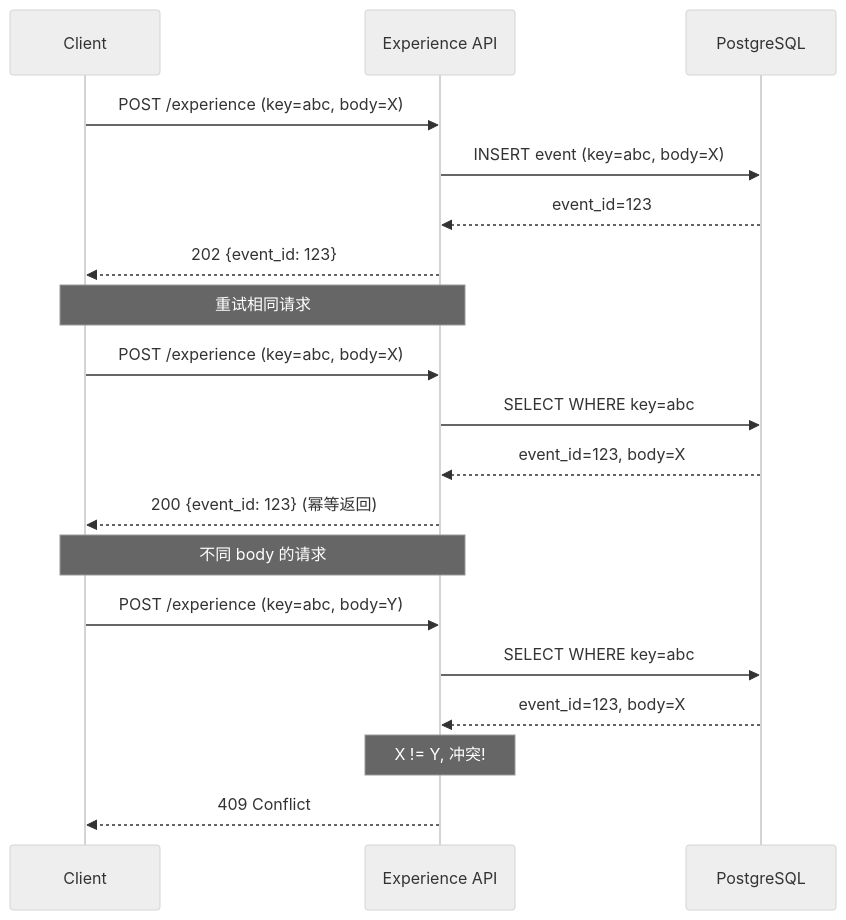
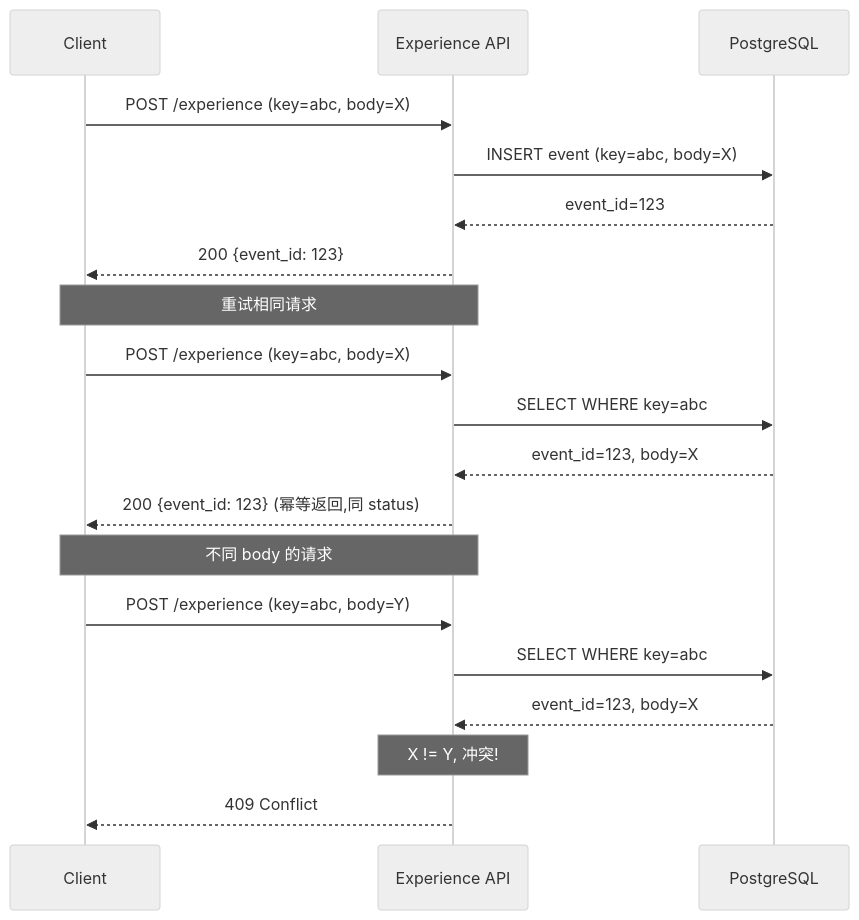
Before and after one commit to pty819/cortex-py-book: the second of 4 diagrams in source/chapters/03-wal-and-events.md, drawn with Mermaid (neutral theme). The commit also changed other lines of this file and 8 other files, not shown here.

````diff
--- a/source/chapters/03-wal-and-events.md
+++ b/source/chapters/03-wal-and-events.md
@@ -27,26 +27,26 @@
 ```{mermaid}
 sequenceDiagram
     participant C as Client
     participant API as Experience API
     participant DB as PostgreSQL
     
     C->>API: POST /experience (key=abc, body=X)
     API->>DB: INSERT event (key=abc, body=X)
     DB-->>API: event_id=123
-    API-->>C: 202 {event_id: 123}
-    
+    API-->>C: 200 {event_id: 123}
+
     Note over C,API: 重试相同请求
-    
+
     C->>API: POST /experience (key=abc, body=X)
     API->>DB: SELECT WHERE key=abc
     DB-->>API: event_id=123, body=X
-    API-->>C: 200 {event_id: 123} (幂等返回)
+    API-->>C: 200 {event_id: 123} (幂等返回,同 status)
     
     Note over C,API: 不同 body 的请求
     
     C->>API: POST /experience (key=abc, body=Y)
     API->>DB: SELECT WHERE key=abc
     DB-->>API: event_id=123, body=X
     Note over API: X != Y, 冲突!
     API-->>C: 409 Conflict
 ```
````
